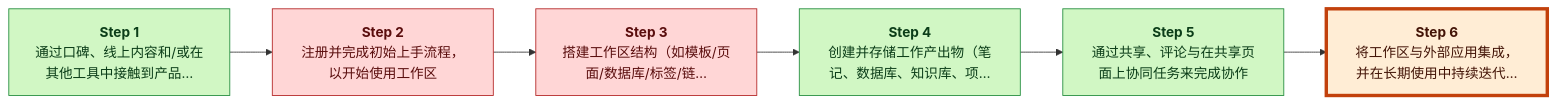
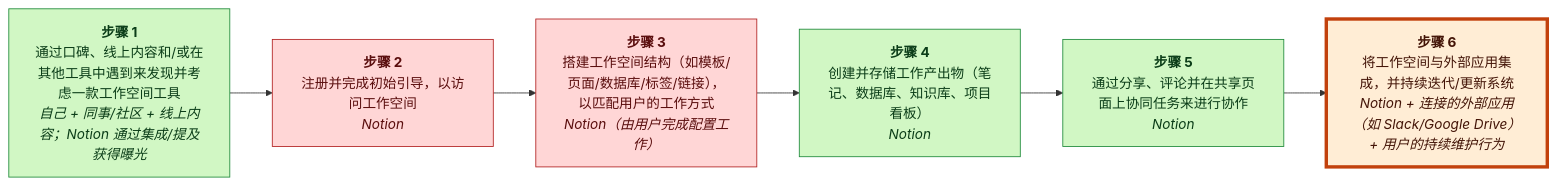
Before and after one commit to Austin-Li7/decoupling-analyst: the second of 4 diagrams in cases/_archive/notion-grounded-20260509/run/final_report_zh.md, drawn with Mermaid. The commit also changed other lines of this file and 14 other files, not shown here.

````diff
--- a/cases/_archive/notion-grounded-20260509/run/final_report_zh.md
+++ b/cases/_archive/notion-grounded-20260509/run/final_report_zh.md
@@ -17,21 +109,21 @@
 ```mermaid
 flowchart LR
-    A1["<b>Step 1</b><br/>通过口碑、线上内容和/或在其他工具中接触到产品…"]
-    A2["<b>Step 2</b><br/>注册并完成初始上手流程，以开始使用工作区"]
-    A3["<b>Step 3</b><br/>搭建工作区结构（如模板/页面/数据库/标签/链…"]
-    A4["<b>Step 4</b><br/>创建并存储工作产出物（笔记、数据库、知识库、项…"]
-    A5["<b>Step 5</b><br/>通过共享、评论与在共享页面上协同任务来完成协作"]
-    A6["<b>Step 6</b><br/>将工作区与外部应用集成，并在长期使用中持续迭代…"]
+    A1["<b>步骤 1</b><br/>通过口碑、线上内容和/或在其他工具中遇到来发现并考虑一款工作空间工具<br/><i>自己 + 同事/社区 + 线上内容；Notion 通过集成/提及获得曝光</i>"]
+    A2["<b>步骤 2</b><br/>注册并完成初始引导，以访问工作空间<br/><i>Notion</i>"]
+    A3["<b>步骤 3</b><br/>搭建工作空间结构（如模板/页面/数据库/标签/链接），以匹配用户的工作方式<br/><i>Notion（由用户完成配置工作）</i>"]
+    A4["<b>步骤 4</b><br/>创建并存储工作产出物（笔记、数据库、知识库、项目看板）<br/><i>Notion</i>"]
+    A5["<b>步骤 5</b><br/>通过分享、评论并在共享页面上协同任务来进行协作<br/><i>Notion</i>"]
+    A6["<b>步骤 6</b><br/>将工作空间与外部应用集成，并持续迭代/更新系统<br/><i>Notion + 连接的外部应用（如 Slack/Google Drive）+ 用户的持续维护行为</i>"]
     A1 --> A2
     A2 --> A3
     A3 --> A4
     A4 --> A5
     A5 --> A6
     style A1 fill:#d1f7c4,stroke:#1f8a3a,color:#0b3d18
     style A2 fill:#ffd6d6,stroke:#b22222,color:#5a0d0d
     style A3 fill:#ffd6d6,stroke:#b22222,color:#5a0d0d
     style A4 fill:#d1f7c4,stroke:#1f8a3a,color:#0b3d18
     style A5 fill:#d1f7c4,stroke:#1f8a3a,color:#0b3d18
     style A6 fill:#ffd6d6,stroke:#b22222,color:#5a0d0d
     style A6 fill:#ffedd5,stroke:#c2410c,stroke-width:4px,color:#431407
 ```
````
